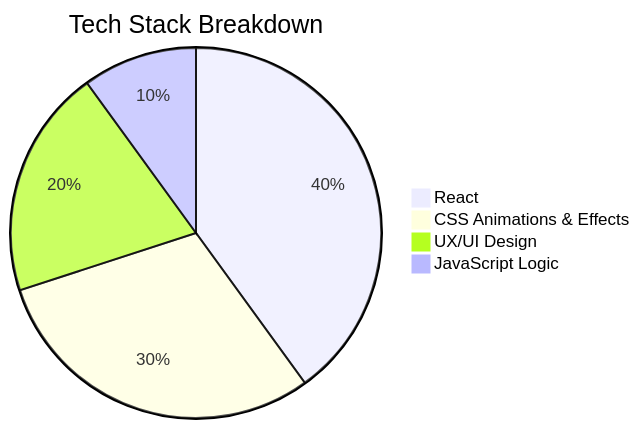
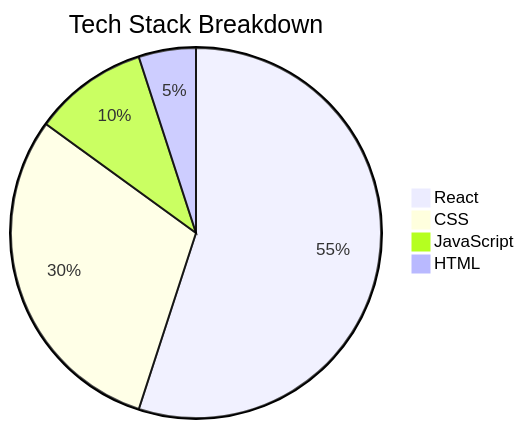
One commit to ahmedibi/eat-n-split changed the diagram in README.md. Above: the diagram before and after it, drawn with Mermaid.

````diff
--- a/README.md
+++ b/README.md
@@ -41,7 +41,7 @@
 ```mermaid
 pie title Tech Stack Breakdown
-  "React" : 40
-  "CSS Animations & Effects" : 30
-  "UX/UI Design" : 20
-  "JavaScript Logic" : 10
+  "React" : 55
+  "CSS" : 30
+  "JavaScript" : 10
+  "HTML" : 5
 ```
````
